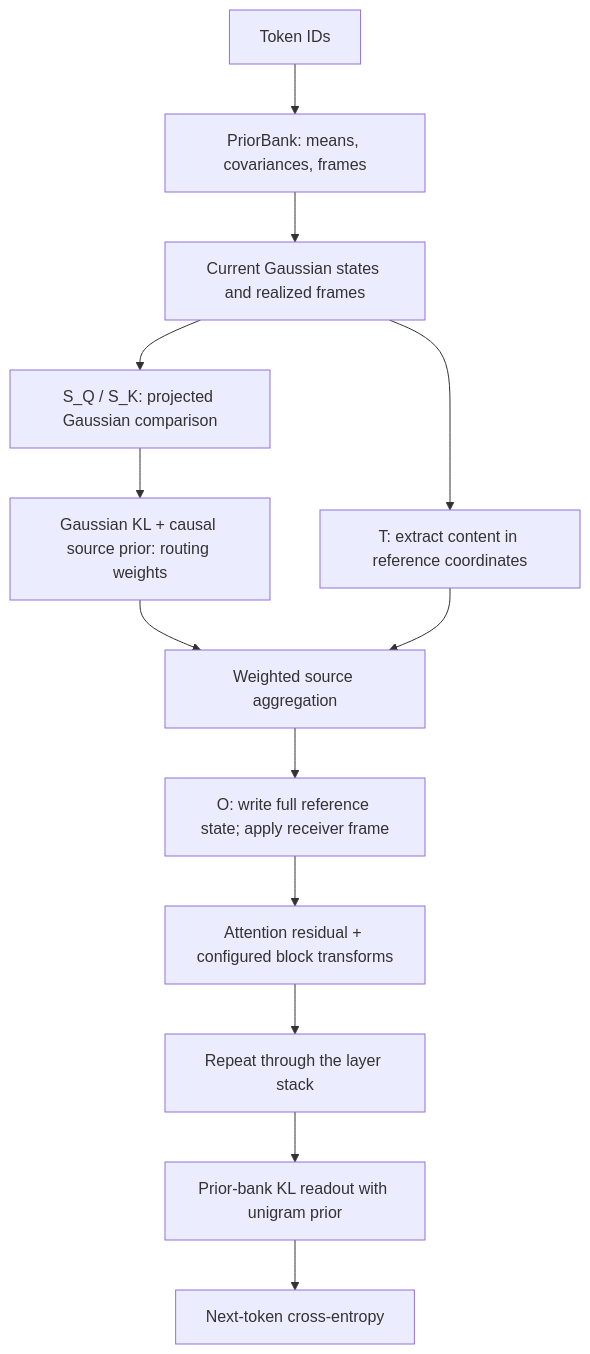
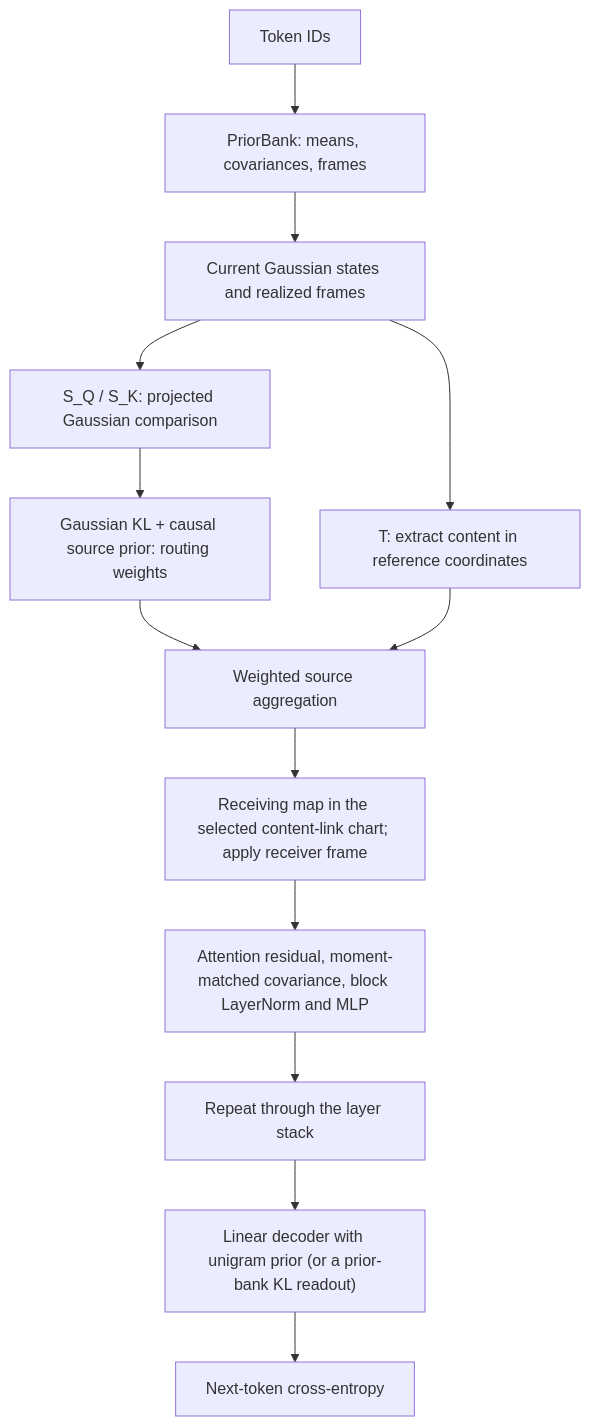
The diagram in README.md (cdenn016/VFE_3.0), drawn with Mermaid before and after one commit. The commit also changed other lines of this file, not shown here.

First line of the commit message:
README: K=128 results against the matched baseline, edge-dependent links, current launcher

````diff
--- a/README.md
+++ b/README.md
@@ -25,15 +25,15 @@
 ```mermaid
 flowchart TD
     Tokens["Token IDs"] --> Bank["PriorBank: means, covariances, frames"]
     Bank --> State["Current Gaussian states and realized frames"]
     State --> Compare["S_Q / S_K: projected Gaussian comparison"]
     Compare --> Router["Gaussian KL + causal source prior: routing weights"]
     State --> Send["T: extract content in reference coordinates"]
     Router --> Pool["Weighted source aggregation"]
     Send --> Pool
-    Pool --> Receive["O: write full reference state; apply receiver frame"]
-    Receive --> Residual["Attention residual + configured block transforms"]
+    Pool --> Receive["Receiving map in the selected content-link chart; apply receiver frame"]
+    Receive --> Residual["Attention residual, moment-matched covariance, block LayerNorm and MLP"]
     Residual --> Next["Repeat through the layer stack"]
-    Next --> Decode["Prior-bank KL readout with unigram prior"]
+    Next --> Decode["Linear decoder with unigram prior (or a prior-bank KL readout)"]
     Decode --> Loss["Next-token cross-entropy"]
 ```
````
